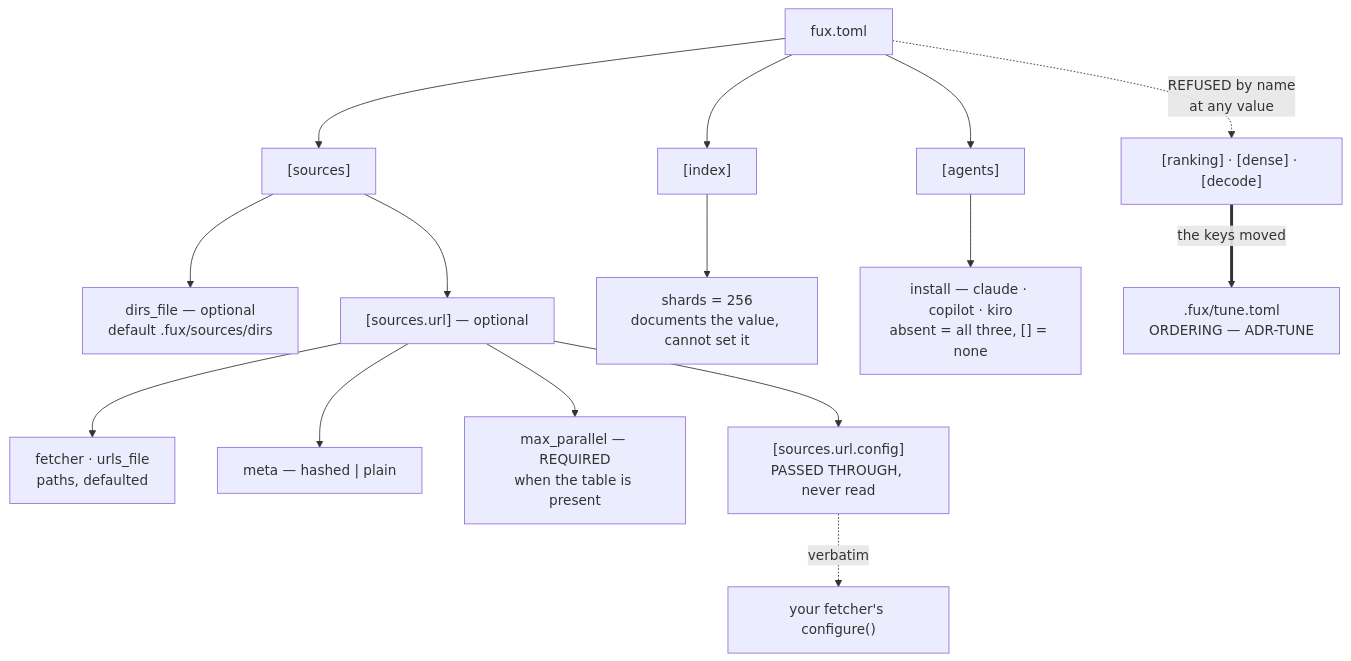
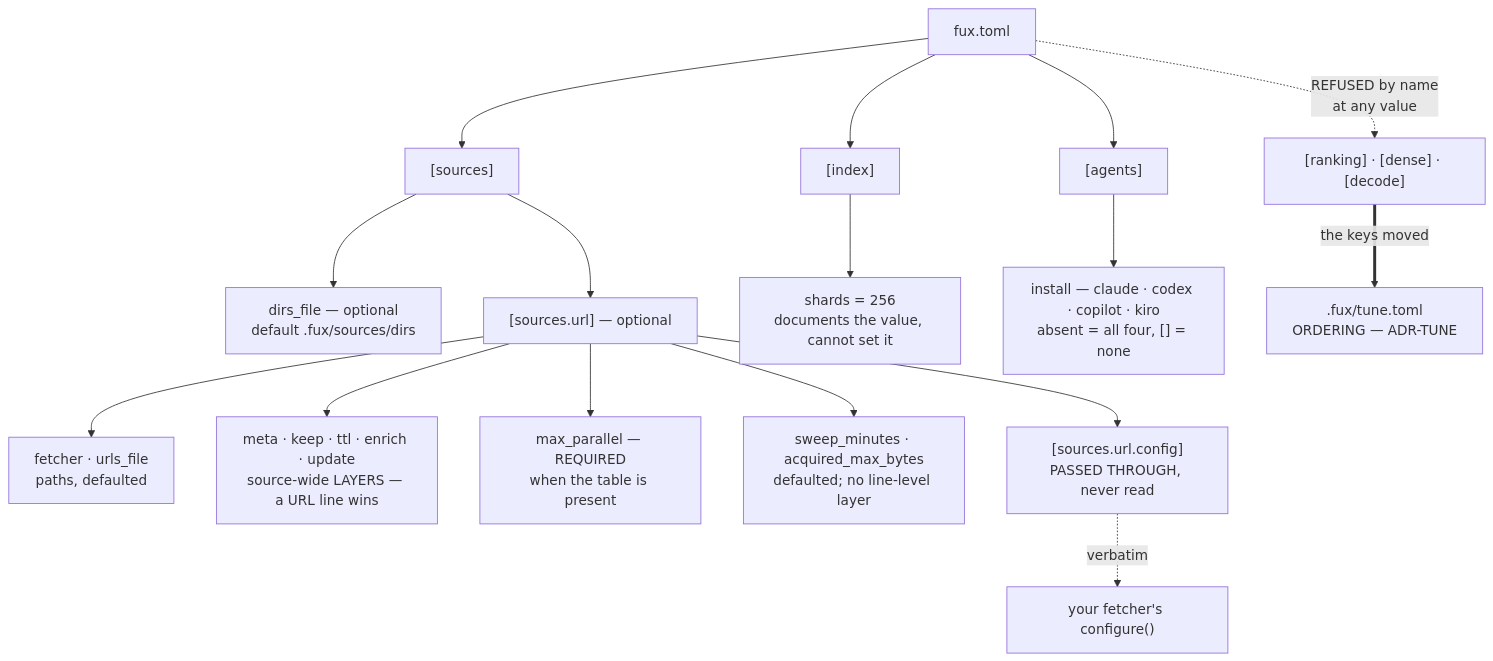
One commit to arpitarya/fux changed the diagram in docs/adr/0113_config.md. Above: the diagram before and after it, drawn with Mermaid. The commit also changed other lines of this file and 88 other files, not shown here.

````diff
--- a/docs/adr/0113_config.md
+++ b/docs/adr/0113_config.md
@@ -44,17 +44,18 @@
 ```mermaid
 flowchart TD
     F["fux.toml"] --> S["[sources]"]
     S --> D["dirs_file — optional<br/>default .fux/sources/dirs"]
     S --> U["[sources.url] — optional"]
     U --> M["fetcher · urls_file<br/>paths, defaulted"]
-    U --> ME["meta — hashed | plain"]
+    U --> ME["meta · keep · ttl · enrich · update<br/>source-wide LAYERS — a URL line wins"]
     U --> MP["max_parallel — REQUIRED<br/>when the table is present"]
+    U --> SW["sweep_minutes · acquired_max_bytes<br/>defaulted; no line-level layer"]
     U --> CF["[sources.url.config]<br/>PASSED THROUGH, never read"]
     F --> I["[index]"]
     I --> SH["shards = 256<br/>documents the value, cannot set it"]
     F --> AG["[agents]"]
-    AG --> AI["install — claude · copilot · kiro<br/>absent = all three, [] = none"]
+    AG --> AI["install — claude · codex · copilot · kiro<br/>absent = all four, [] = none"]
     F -.->|"REFUSED by name<br/>at any value"| RT["[ranking] · [dense] · [decode]"]
     RT ==>|"the keys moved"| TU[".fux/tune.toml<br/>ORDERING — ADR-TUNE"]
     CF -.->|"verbatim"| MW["your fetcher's configure()"]
 ```
````
